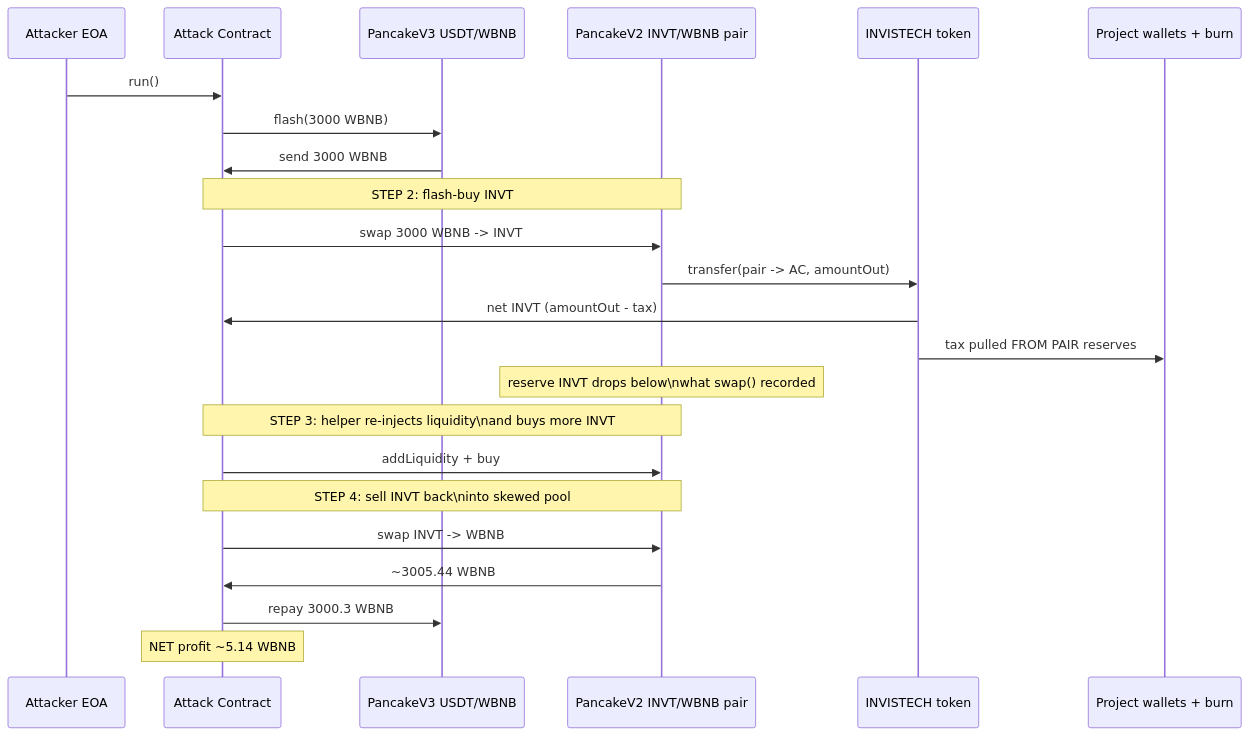
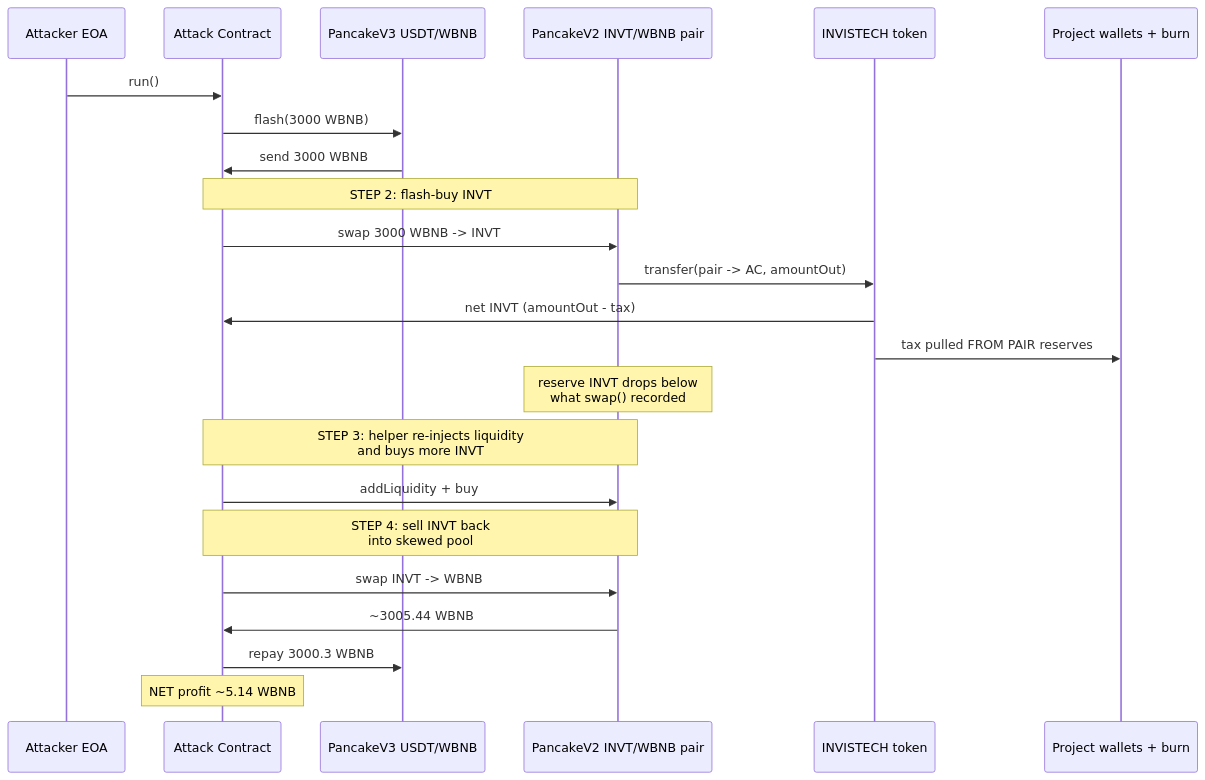
One commit to sanbir/evm-hack-registry changed the first of 2 diagrams in 2025-02-INVISTECH_exp/INVISTECH_exp.md. Above: the diagram before and after it, drawn with Mermaid. The commit also changed 280 other files, not shown here.

Commit message:
mermaid fixes

````diff
--- a/2025-02-INVISTECH_exp/INVISTECH_exp.md
+++ b/2025-02-INVISTECH_exp/INVISTECH_exp.md
@@ -148,26 +148,26 @@
 ```mermaid
 sequenceDiagram
     participant Attacker as Attacker EOA
     participant AC as Attack Contract
     participant V3 as PancakeV3 USDT/WBNB
     participant V2 as PancakeV2 INVT/WBNB pair
     participant Tok as INVISTECH token
     participant W as Project wallets + burn
 
     Attacker->>AC: run()
     AC->>V3: flash(3000 WBNB)
     V3->>AC: send 3000 WBNB
     Note over AC,V2: STEP 2: flash-buy INVT
     AC->>V2: swap 3000 WBNB -> INVT
     V2->>Tok: transfer(pair -> AC, amountOut)
     Tok->>AC: net INVT (amountOut - tax)
     Tok->>W: tax pulled FROM PAIR reserves
-    Note over V2: reserve INVT drops below\nwhat swap() recorded
-    Note over AC,V2: STEP 3: helper re-injects liquidity\nand buys more INVT
+    Note over V2: reserve INVT drops below<br/>what swap() recorded
+    Note over AC,V2: STEP 3: helper re-injects liquidity<br/>and buys more INVT
     AC->>V2: addLiquidity + buy
-    Note over AC,V2: STEP 4: sell INVT back\ninto skewed pool
+    Note over AC,V2: STEP 4: sell INVT back<br/>into skewed pool
     AC->>V2: swap INVT -> WBNB
     V2->>AC: ~3005.44 WBNB
     AC->>V3: repay 3000.3 WBNB
     Note over AC: NET profit ~5.14 WBNB
 ```
````
